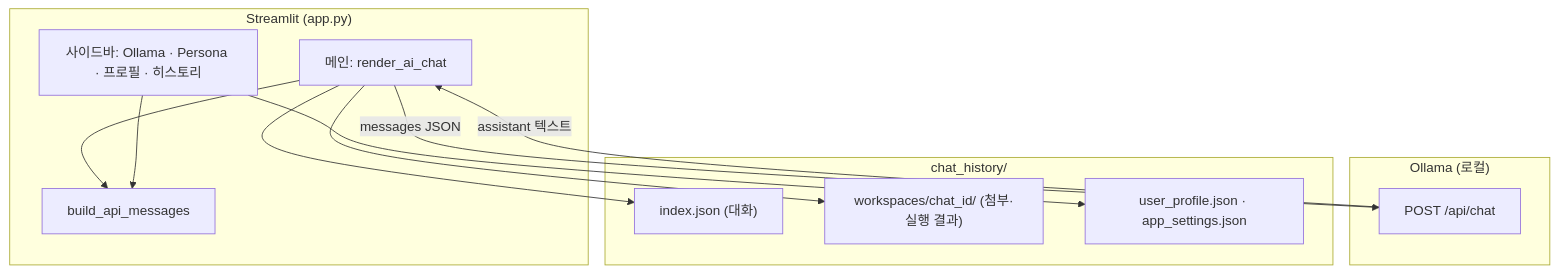
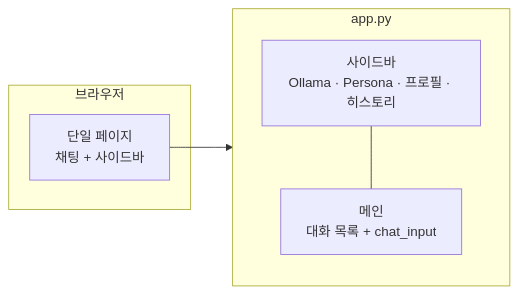
One commit to sumin-ma-1/basic-sw-tech-sm changed the first of 7 diagrams in README.md. Above: the diagram before and after it, drawn with Mermaid. The commit also changed other lines of this file, not shown here.

````diff
--- a/README.md
+++ b/README.md
@@ -18,26 +41,14 @@
 ```mermaid
-flowchart TB
-    subgraph UI["Streamlit (app.py)"]
-        Chat["메인: render_ai_chat"]
-        Side["사이드바: Ollama · Persona · 프로필 · 히스토리"]
-        Build["build_api_messages"]
-        Chat --> Build
-        Side --> Build
+flowchart LR
+    subgraph Browser["브라우저"]
+        Page["단일 페이지<br/>채팅 + 사이드바"]
     end
 
-    subgraph LLM["Ollama (로컬)"]
-        API["POST /api/chat"]
+    subgraph App["app.py"]
+        Side["사이드바<br/>Ollama · Persona · 프로필 · 히스토리"]
+        Main["메인<br/>대화 목록 + chat_input"]
+        Side --- Main
     end
 
-    subgraph Store["chat_history/"]
-        Index["index.json (대화)"]
-        WS["workspaces/chat_id/ (첨부·실행 결과)"]
-        Prof["user_profile.json · app_settings.json"]
-    end
-
-    Chat -->|"messages JSON"| API
-    API -->|"assistant 텍스트"| Chat
-    Chat --> WS
-    Chat --> Index
-    Side --> Prof
+    Page --> App
 ```
````
